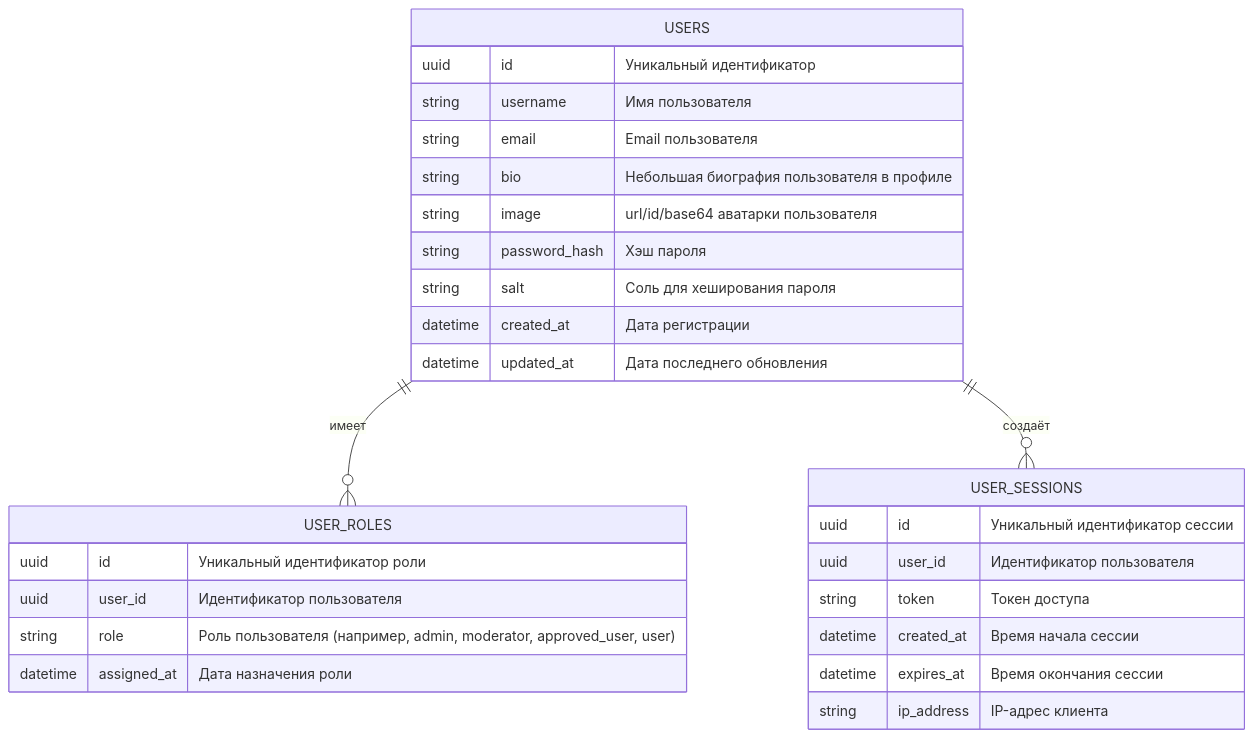
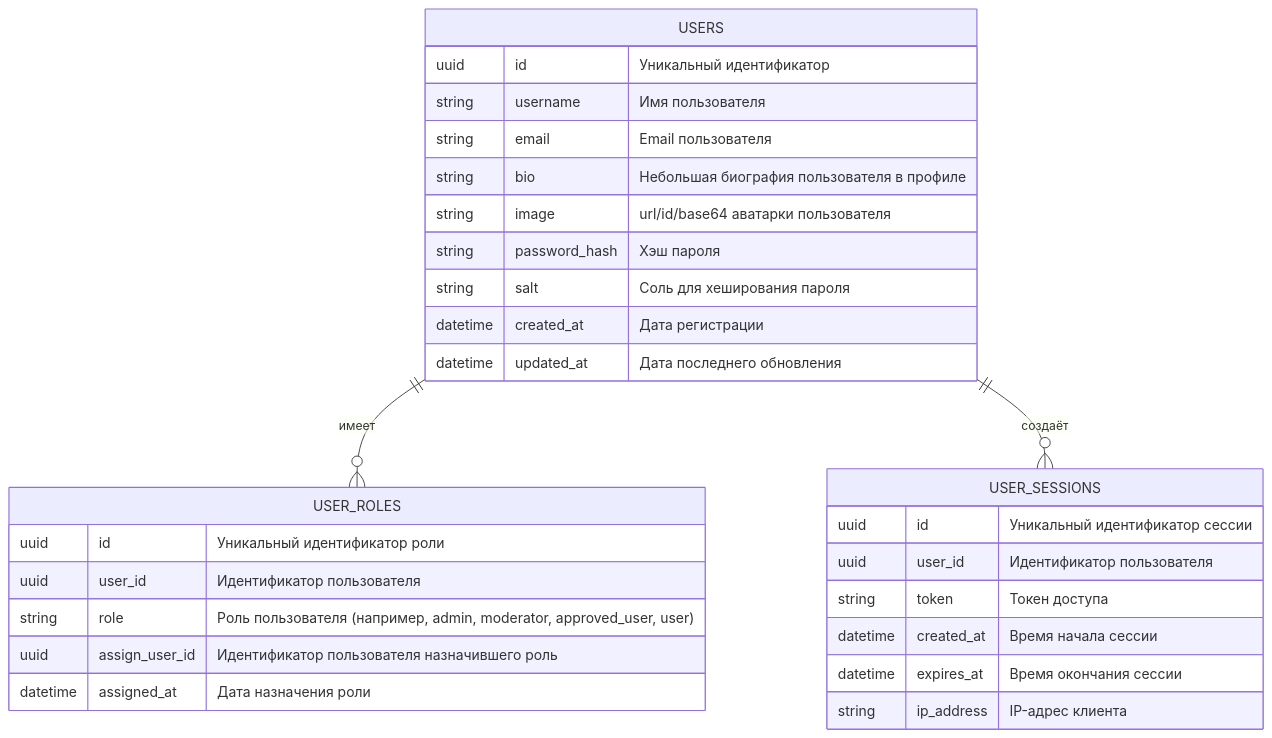
One commit to zahartd/social-network changed the diagram in docs/diagrams/er/user_service.mermaid. Above: the diagram before and after it, drawn with Mermaid. The commit also changed 2 other files, not shown here.

Commit message:
Update ER diagrams

```diff
--- a/docs/diagrams/er/user_service.mermaid
+++ b/docs/diagrams/er/user_service.mermaid
@@ -1,29 +1,30 @@
 erDiagram
     USERS {
         uuid id "Уникальный идентификатор"
         string username "Имя пользователя"
         string email "Email пользователя"
         string bio "Небольшая биография пользователя в профиле"
         string image "url/id/base64 аватарки пользователя"
         string password_hash "Хэш пароля"
         string salt "Соль для хеширования пароля"
         datetime created_at "Дата регистрации"
         datetime updated_at "Дата последнего обновления"
     }
     USER_ROLES {
         uuid id "Уникальный идентификатор роли"
         uuid user_id "Идентификатор пользователя"
         string role "Роль пользователя (например, admin, moderator, approved_user, user)"
+        uuid assign_user_id "Идентификатор пользователя назначившего роль"
         datetime assigned_at "Дата назначения роли"
     }
     USER_SESSIONS {
         uuid id "Уникальный идентификатор сессии"
         uuid user_id "Идентификатор пользователя"
         string token "Токен доступа"
         datetime created_at "Время начала сессии"
         datetime expires_at "Время окончания сессии"
         string ip_address "IP-адрес клиента"
     }
 
     USERS ||--o{ USER_ROLES : "имеет"
     USERS ||--o{ USER_SESSIONS : "создаёт"
```
